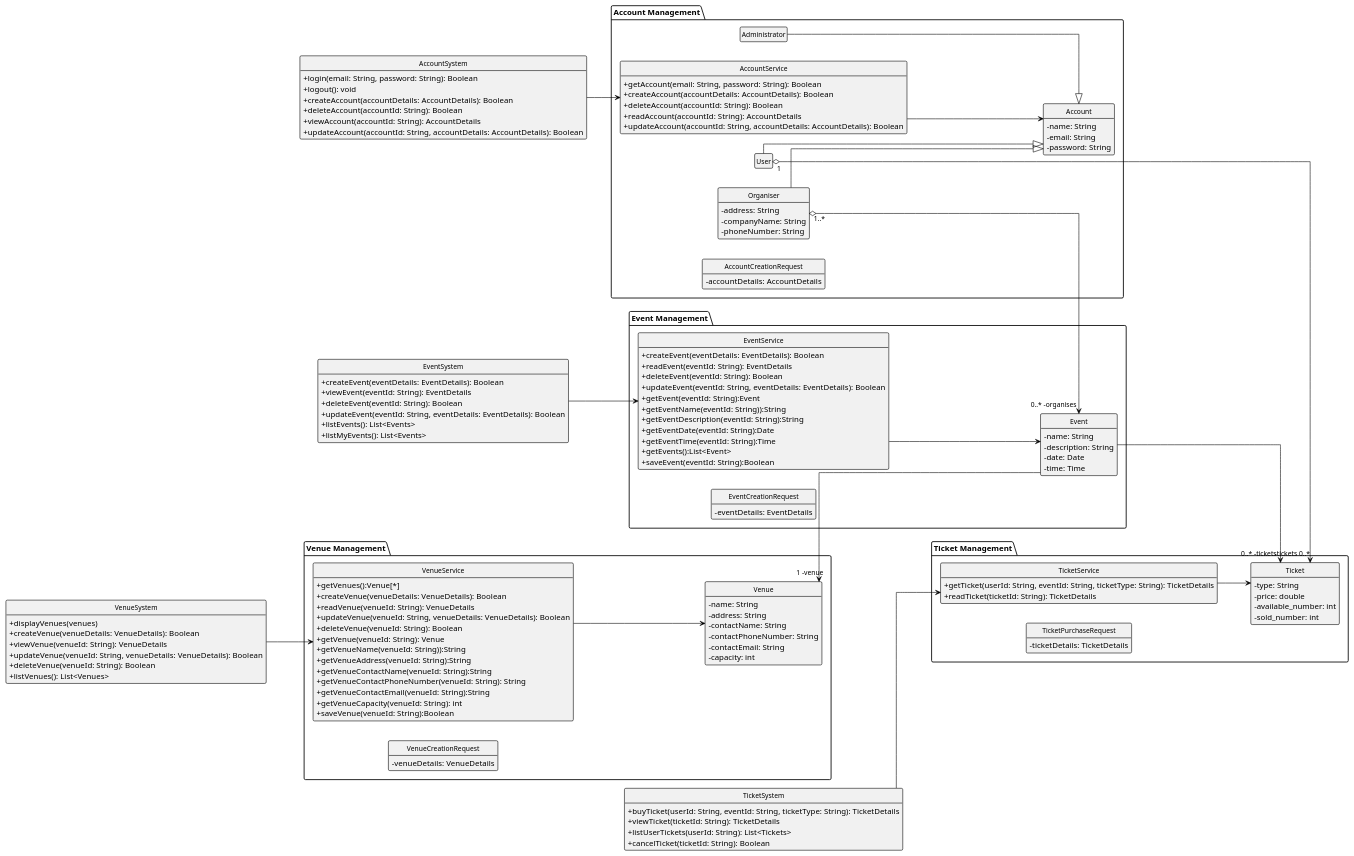
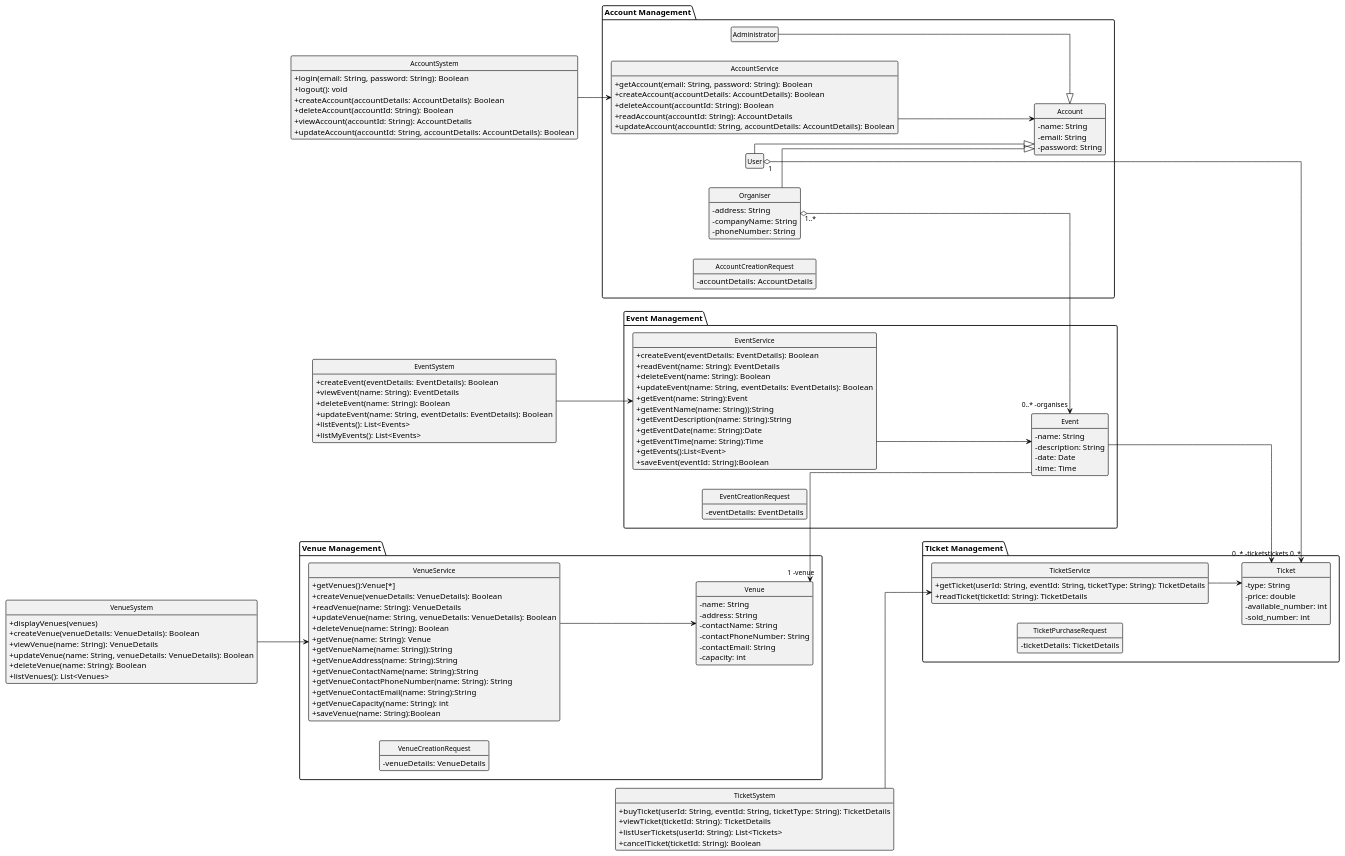
Before and after one commit to MolimoWang/EventManagementSystem: the diagram in 02-analysis/class-diagram/classDiagram.plantuml, drawn with PlantUML.

Commit message:
change id to name

```diff
--- a/02-analysis/class-diagram/classDiagram.plantuml
+++ b/02-analysis/class-diagram/classDiagram.plantuml
@@ -1,193 +1,193 @@
 @startuml
 left to right direction
 skinparam monochrome true
 skinparam backgroundColor white
 skinparam shadowing false
 skinparam linetype ortho
 skinparam lineThickness 3   ' Thickness of line
 skinparam noteMargin 30     ' Margins for comments
 skinparam ranksep 100        ' Control vertical spacing
 skinparam nodesep 200        ' Control horizontal spacing
 skinparam classFontSize 12
 skinparam ArrowFontSize 12
 skinparam classBorderThickness 1
 skinparam classAttributeIconSize 0
 
 hide class circle
 hide empty members
 hide stereotypes
 
 skinparam class {
     BorderColor black
     ArrowColor black
     FontColor black
     FontName Arial
     FontSize 12
 }
 
 ' Account Management Group
 package "Account Management" {
     class Account {
         - name: String
         - email: String
         - password: String
     }
     class Administrator {
     }
     class Organiser {
         - address: String
         - companyName: String
         - phoneNumber: String
     }
     class User {
     }
 
     class AccountService {
         +getAccount(email: String, password: String): Boolean
         +createAccount(accountDetails: AccountDetails): Boolean
         +deleteAccount(accountId: String): Boolean
         +readAccount(accountId: String): AccountDetails
         +updateAccount(accountId: String, accountDetails: AccountDetails): Boolean
 
     }
 
     class AccountCreationRequest {
         - accountDetails: AccountDetails
     }
 
     Administrator --|> Account
     Organiser --|> Account
     User --|> Account
     AccountService --> Account
 }
 
 ' Venue Management Group
 package "Venue Management" {
     class Venue {
         - name: String
         - address: String
         - contactName: String
         - contactPhoneNumber: String
         - contactEmail: String
         - capacity: int
     }
 
     class VenueService {
         +getVenues():Venue[*]
         +createVenue(venueDetails: VenueDetails): Boolean
-        +readVenue(venueId: String): VenueDetails
-        +updateVenue(venueId: String, venueDetails: VenueDetails): Boolean
-        +deleteVenue(venueId: String): Boolean
-        +getVenue(venueId: String): Venue
-        +getVenueName(venueId: String)):String
-        +getVenueAddress(venueId: String):String
-        +getVenueContactName(venueId: String):String
-        +getVenueContactPhoneNumber(venueId: String): String
-        +getVenueContactEmail(venueId: String):String
-        +getVenueCapacity(venueId: String): int
-        +saveVenue(venueId: String):Boolean
+        +readVenue(name: String): VenueDetails
+        +updateVenue(name: String, venueDetails: VenueDetails): Boolean
+        +deleteVenue(name: String): Boolean
+        +getVenue(name: String): Venue
+        +getVenueName(name: String)):String
+        +getVenueAddress(name: String):String
+        +getVenueContactName(name: String):String
+        +getVenueContactPhoneNumber(name: String): String
+        +getVenueContactEmail(name: String):String
+        +getVenueCapacity(name: String): int
+        +saveVenue(name: String):Boolean
     }
 
     class VenueCreationRequest {
         - venueDetails: VenueDetails
     }
 
     VenueService --> Venue
 }
 
 ' Event Management Group
 package "Event Management" {
     class Event {
         - name: String
         - description: String
         - date: Date
         - time: Time
     }
 
     class EventService {
         +createEvent(eventDetails: EventDetails): Boolean
-        +readEvent(eventId: String): EventDetails
-        +deleteEvent(eventId: String): Boolean
-        +updateEvent(eventId: String, eventDetails: EventDetails): Boolean
-        +getEvent(eventId: String):Event
-        +getEventName(eventId: String)):String
-        +getEventDescription(eventId: String):String
-        +getEventDate(eventId: String):Date
-        +getEventTime(eventId: String):Time
+        +readEvent(name: String): EventDetails
+        +deleteEvent(name: String): Boolean
+        +updateEvent(name: String, eventDetails: EventDetails): Boolean
+        +getEvent(name: String):Event
+        +getEventName(name: String)):String
+        +getEventDescription(name: String):String
+        +getEventDate(name: String):Date
+        +getEventTime(name: String):Time
         +getEvents():List<Event>
         +saveEvent(eventId: String):Boolean
     }
 
     class EventCreationRequest {
         - eventDetails: EventDetails
     }
 
     Venue "1 -venue" <-- Event
     EventService --> Event
 }
 
 ' Ticket Management Group
 package "Ticket Management" {
     class Ticket {
         - type: String
         - price: double
         - available_number: int
         - sold_number: int
     }
 
     class TicketService {
         +getTicket(userId: String, eventId: String, ticketType: String): TicketDetails
         +readTicket(ticketId: String): TicketDetails
     }
 
     class TicketPurchaseRequest {
         - ticketDetails: TicketDetails
     }
 
     Event --> "0..* -tickets" Ticket
     TicketService --> Ticket
 }
 
 ' System classes for each module
 class AccountSystem {
     +login(email: String, password: String): Boolean
     +logout(): void
     +createAccount(accountDetails: AccountDetails): Boolean
     +deleteAccount(accountId: String): Boolean
     +viewAccount(accountId: String): AccountDetails
     +updateAccount(accountId: String, accountDetails: AccountDetails): Boolean
 }
 AccountSystem --> AccountService
 
 class VenueSystem {
     +displayVenues(venues)
     +createVenue(venueDetails: VenueDetails): Boolean
-    +viewVenue(venueId: String): VenueDetails
-    +updateVenue(venueId: String, venueDetails: VenueDetails): Boolean
-    +deleteVenue(venueId: String): Boolean
+    +viewVenue(name: String): VenueDetails
+    +updateVenue(name: String, venueDetails: VenueDetails): Boolean
+    +deleteVenue(name: String): Boolean
     +listVenues(): List<Venues>
 }
 VenueSystem --> VenueService
 
 class EventSystem {
     +createEvent(eventDetails: EventDetails): Boolean
-    +viewEvent(eventId: String): EventDetails
-    +deleteEvent(eventId: String): Boolean
-    +updateEvent(eventId: String, eventDetails: EventDetails): Boolean
+    +viewEvent(name: String): EventDetails
+    +deleteEvent(name: String): Boolean
+    +updateEvent(name: String, eventDetails: EventDetails): Boolean
     +listEvents(): List<Events>
     +listMyEvents(): List<Events>
 }
 EventSystem --> EventService
 
 class TicketSystem {
     +buyTicket(userId: String, eventId: String, ticketType: String): TicketDetails
     +viewTicket(ticketId: String): TicketDetails
     +listUserTickets(userId: String): List<Tickets>
     +cancelTicket(ticketId: String): Boolean
 }
 TicketSystem --> TicketService
 
 Organiser "1..*" o--> "0..* -organises" Event
 User "1" o--> "-tickets 0..*" Ticket
 
 @enduml
```
